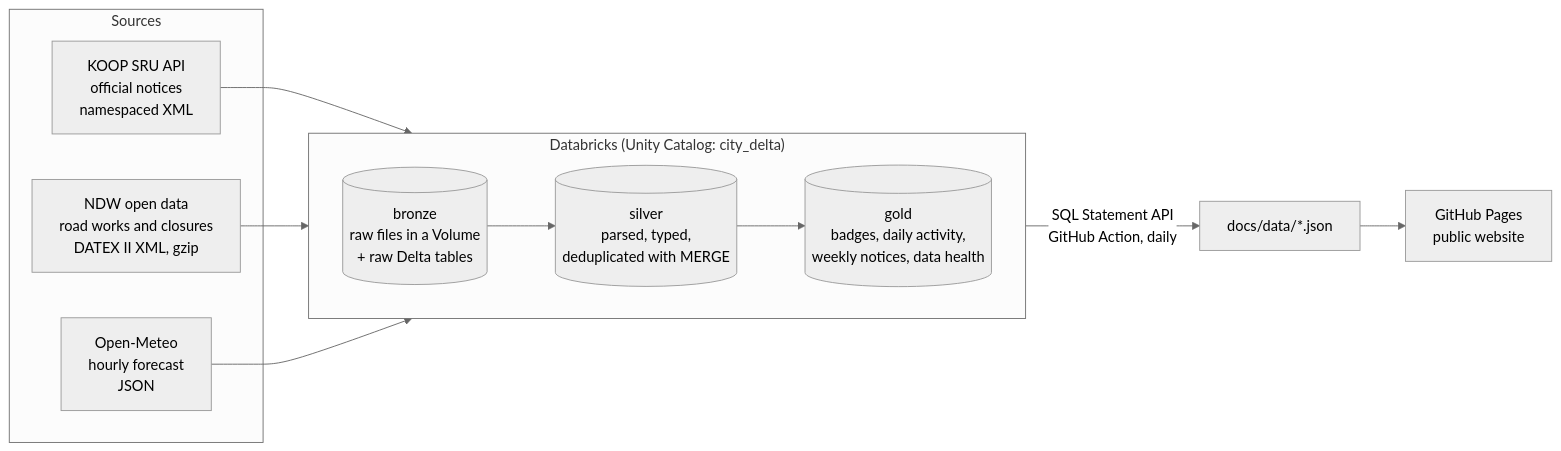
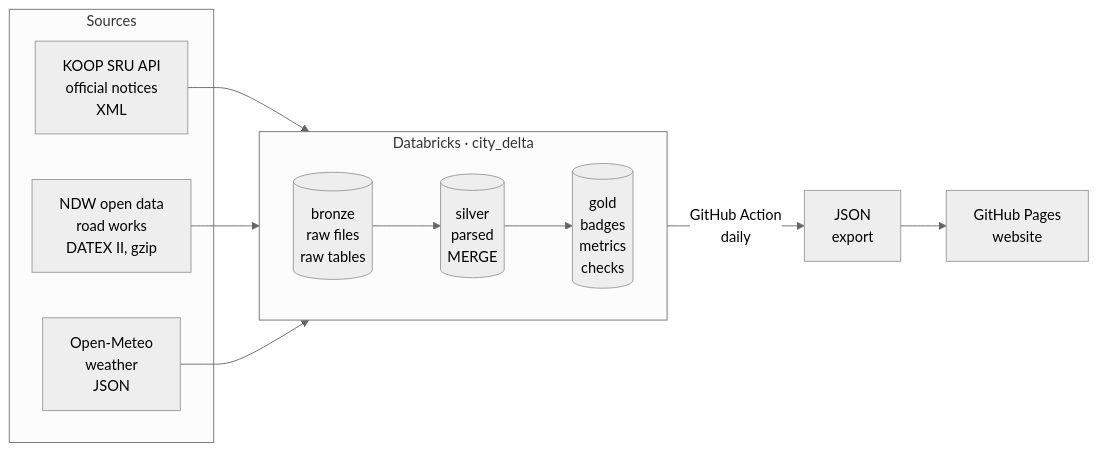
Before and after one commit to ammar-alsharai/city-delta: the diagram in README.md, drawn with Mermaid (neutral theme). The commit also changed other lines of this file, not shown here.

````diff
--- a/README.md
+++ b/README.md
@@ -21,23 +21,23 @@
 ```mermaid
 flowchart LR
   subgraph Sources
-    A[KOOP SRU API<br/>official notices<br/>namespaced XML]
-    B[NDW open data<br/>road works and closures<br/>DATEX II XML, gzip]
-    C[Open-Meteo<br/>hourly forecast<br/>JSON]
+    A["KOOP SRU API<br/>official notices<br/>XML"]
+    B["NDW open data<br/>road works<br/>DATEX II, gzip"]
+    C["Open-Meteo<br/>weather<br/>JSON"]
   end
 
-  subgraph Databricks["Databricks (Unity Catalog: city_delta)"]
+  subgraph DBX["Databricks · city_delta"]
     direction LR
-    BR[(bronze<br/>raw files in a Volume<br/>+ raw Delta tables)]
-    SI[(silver<br/>parsed, typed,<br/>deduplicated with MERGE)]
-    GO[(gold<br/>badges, daily activity,<br/>weekly notices, data health)]
+    BR[("bronze<br/>raw files<br/>raw tables")]
+    SI[("silver<br/>parsed<br/>MERGE")]
+    GO[("gold<br/>badges<br/>metrics<br/>checks")]
     BR --> SI --> GO
   end
 
   A --> BR
   B --> BR
   C --> BR
 
-  GO -->|SQL Statement API<br/>GitHub Action, daily| J[docs/data/*.json]
-  J --> W[GitHub Pages<br/>public website]
+  GO -->|"GitHub Action<br/>daily"| J["JSON<br/>export"]
+  J --> W["GitHub Pages<br/>website"]
 ```
````
